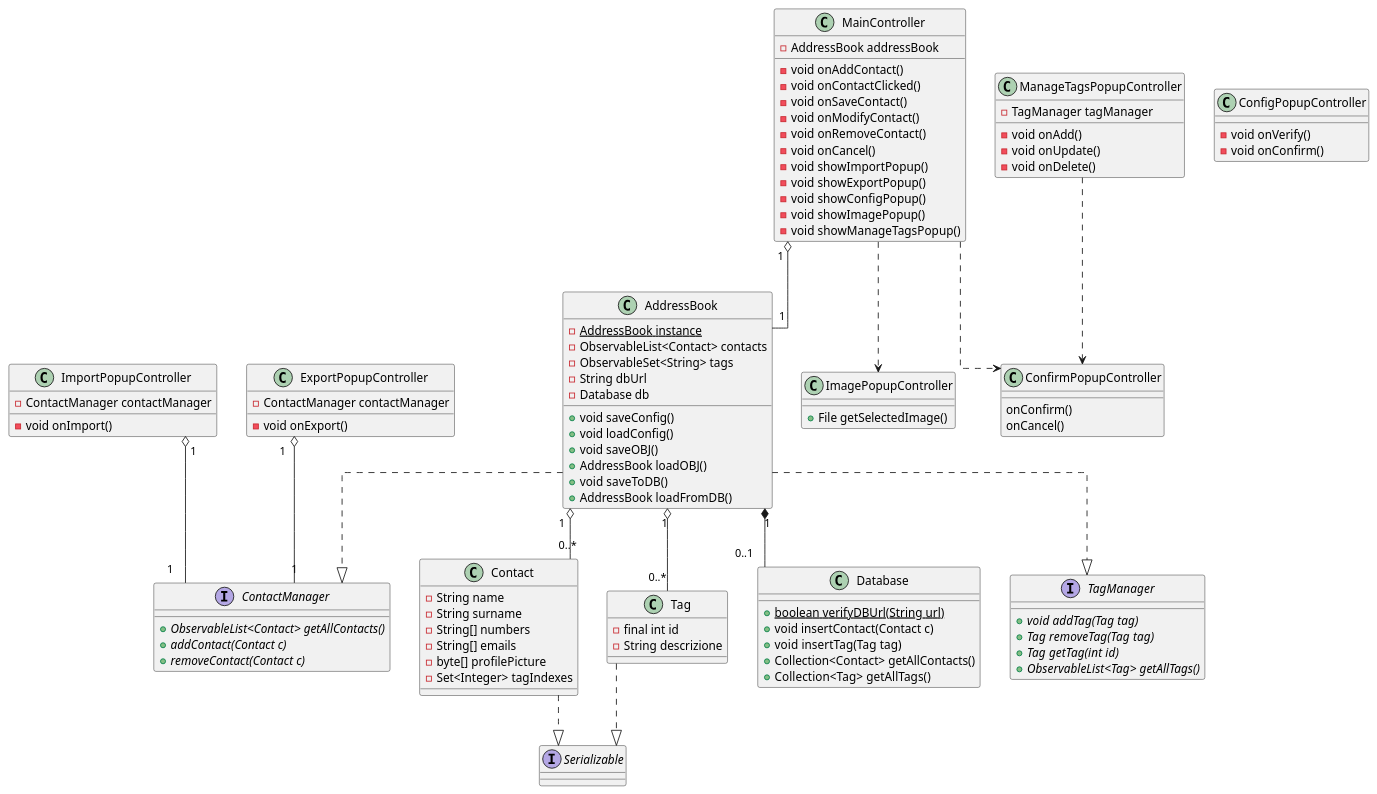
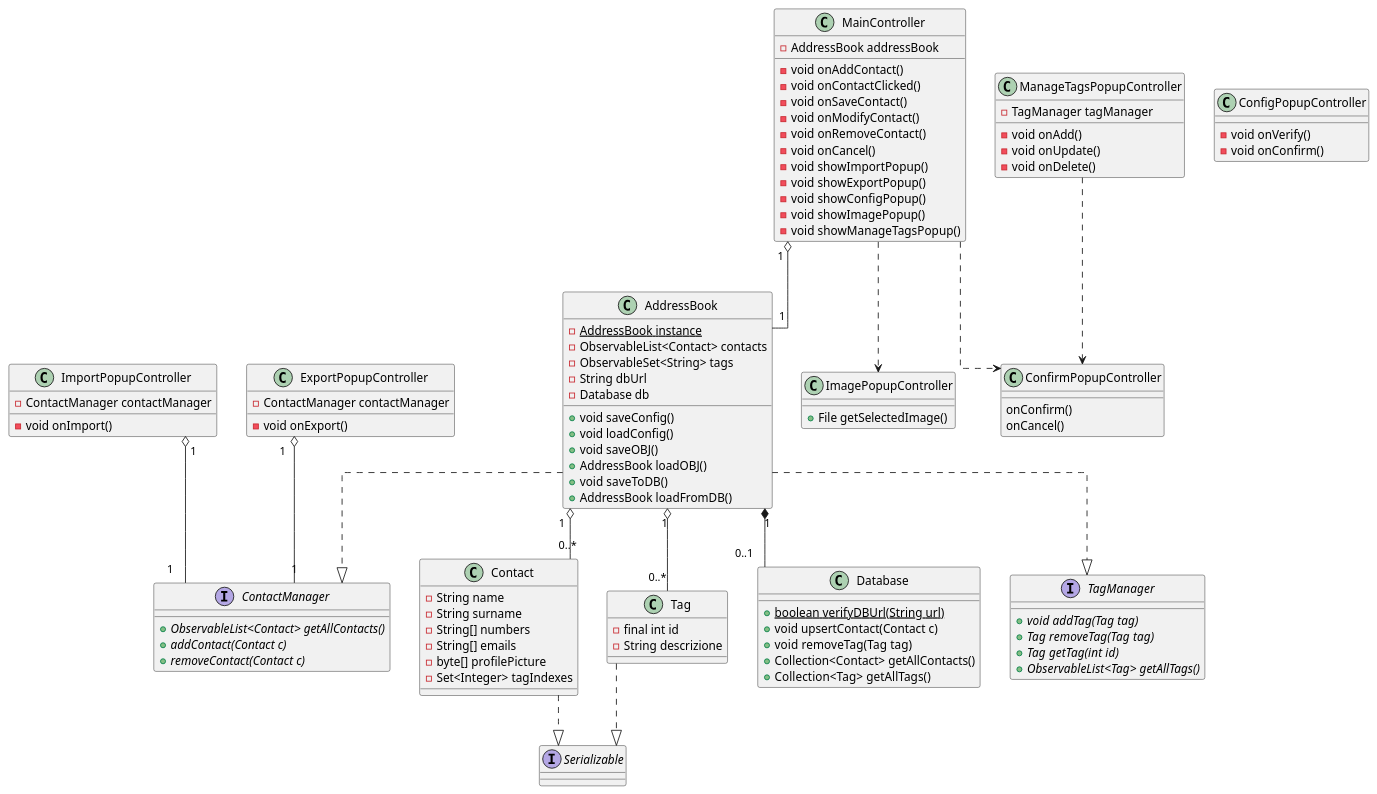
The diagram in documenti/diagrammaClassiEssenziale.puml (savaava/ProgettoRubrica), drawn with PlantUML before and after one commit. The commit also changed 3 other files, not shown here.

Commit message:
update diagrammi classi e sequenza

```diff
--- a/documenti/diagrammaClassiEssenziale.puml
+++ b/documenti/diagrammaClassiEssenziale.puml
@@ -1,128 +1,128 @@
 @startuml DiagrammaDelleClassiEssenziale
 skinparam linetype ortho
 'left to right direction
 
 
 '****************** CLASSI ******************
 class Contact {
     - String name 
     - String surname 
     - String[] numbers
     - String[] emails
     - byte[] profilePicture
     - Set<Integer> tagIndexes  
 }
 
 class AddressBook {
     - {static} AddressBook instance
     - ObservableList<Contact> contacts
     - ObservableSet<String> tags
     - String dbUrl
     - Database db
 
     + void saveConfig()
     + void loadConfig()
     + void saveOBJ()
     + AddressBook loadOBJ()
     + void saveToDB()
     + AddressBook loadFromDB()    
 }
 
 class MainController {
     - AddressBook addressBook
 
     - void onAddContact()
     - void onContactClicked()
     - void onSaveContact()
     - void onModifyContact()
     - void onRemoveContact()
     - void onCancel()
     - void showImportPopup()
     - void showExportPopup()
     - void showConfigPopup()
     - void showImagePopup()
     - void showManageTagsPopup()
 }
 
 class ImportPopupController {
     - ContactManager contactManager
     - void onImport()
 }
 
 class ExportPopupController {
     - ContactManager contactManager
     - void onExport()
 }
 
 class ManageTagsPopupController {
     - TagManager tagManager
     - void onAdd()
     - void onUpdate()
     - void onDelete()
 }
 
 class ImagePopupController {
     + File getSelectedImage()
 }
 
 class ConfirmPopupController {
     onConfirm()
     onCancel()
 }
 
 class ConfigPopupController {
     - void onVerify()
     - void onConfirm()
 }
 
 class Tag {
     - final int id
     - String descrizione
 }
 
 class Database {
     + {static} boolean verifyDBUrl(String url)
-    + void insertContact(Contact c)
-    + void insertTag(Tag tag)
+    + void upsertContact(Contact c)
+    + void removeTag(Tag tag)
     + Collection<Contact> getAllContacts()
     + Collection<Tag> getAllTags()
 } 
 
 '****************** INTERFACCE ******************
 interface Serializable
 
 interface TagManager {
     +{abstract} void addTag(Tag tag)
     +{abstract} Tag removeTag(Tag tag)
     +{abstract} Tag getTag(int id)
     +{abstract} ObservableList<Tag> getAllTags()
 }
 
 interface ContactManager {
     +{abstract} ObservableList<Contact> getAllContacts()
     +{abstract} addContact(Contact c)
     +{abstract} removeContact(Contact c)
 }
 
 '****************** RELAZIONI ******************
 Contact ..|> Serializable
 
 Tag ..|> Serializable
 
 AddressBook "1" o-- "0..*" Contact
 AddressBook "1" *-- "0..1" Database
 AddressBook "1" o-- "0..*" Tag
 AddressBook ..|> TagManager
 AddressBook ..|> ContactManager
 
 MainController "1" o-- "1" AddressBook
 MainController ..> ImagePopupController
 MainController ..> ConfirmPopupController
 
 ManageTagsPopupController ..> ConfirmPopupController
 
 ExportPopupController "1" o-- "1" ContactManager
 
 ImportPopupController "1" o-- "1" ContactManager
 
 @enduml
```
